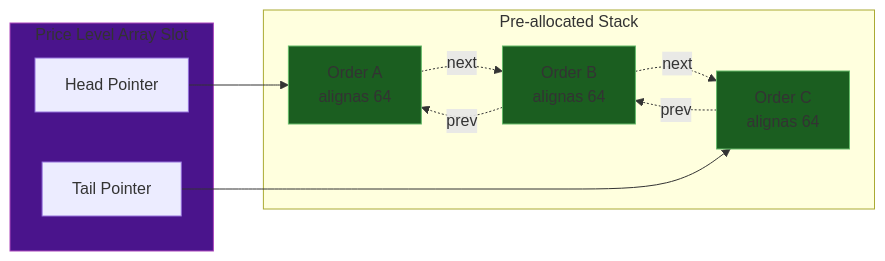
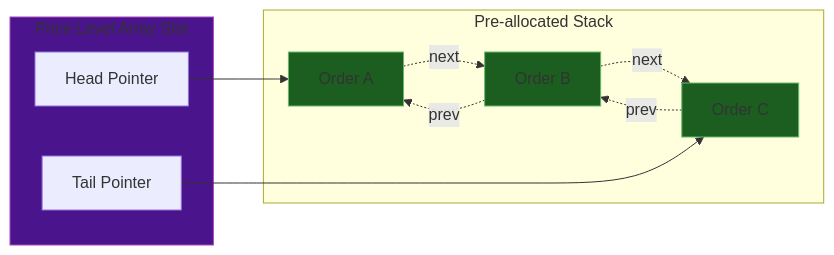
One commit to Komal-ai417/hft-matching-engine changed the first of 2 diagrams in docs/2_Architecture_And_Memory_Layout.md. Above: the diagram before and after it, drawn with Mermaid. The commit also changed other lines of this file and 4 other files, not shown here.

````diff
--- a/docs/2_Architecture_And_Memory_Layout.md
+++ b/docs/2_Architecture_And_Memory_Layout.md
@@ -28,25 +28,25 @@
 ```mermaid
 graph LR
     subgraph PriceLevel [Price Level Array Slot]
         H[Head Pointer]
         T[Tail Pointer]
     end
 
-    subgraph Memory Pool Data [Pre-allocated Stack]
-        O1[Order A<br>alignas 64]
-        O2[Order B<br>alignas 64]
-        O3[Order C<br>alignas 64]
+    subgraph Memory Pool Data ["Pre-allocated Stack"]
+        O1["Order A"]
+        O2["Order B"]
+        O3["Order C"]
     end
 
     H --> O1
     O1 -.->|next| O2
     O2 -.->|next| O3
     O3 -.->|prev| O2
     O2 -.->|prev| O1
     T --> O3
     
     style PriceLevel fill:#4a148c,stroke:#ab47bc
     style O1 fill:#1b5e20,stroke:#66bb6a
     style O2 fill:#1b5e20,stroke:#66bb6a
     style O3 fill:#1b5e20,stroke:#66bb6a
 ```
````
